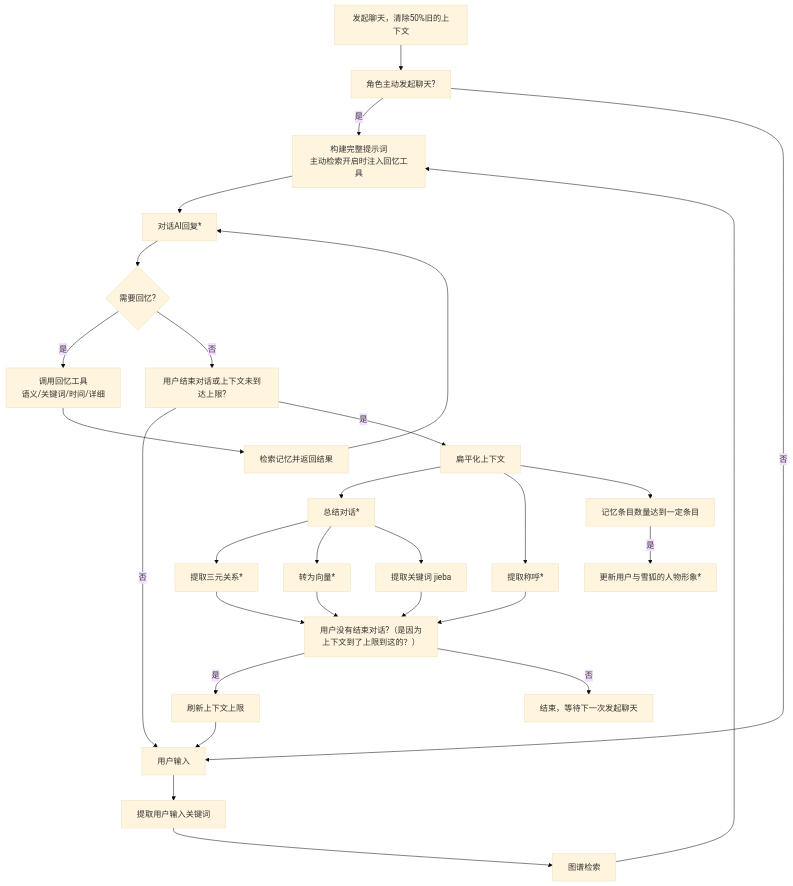
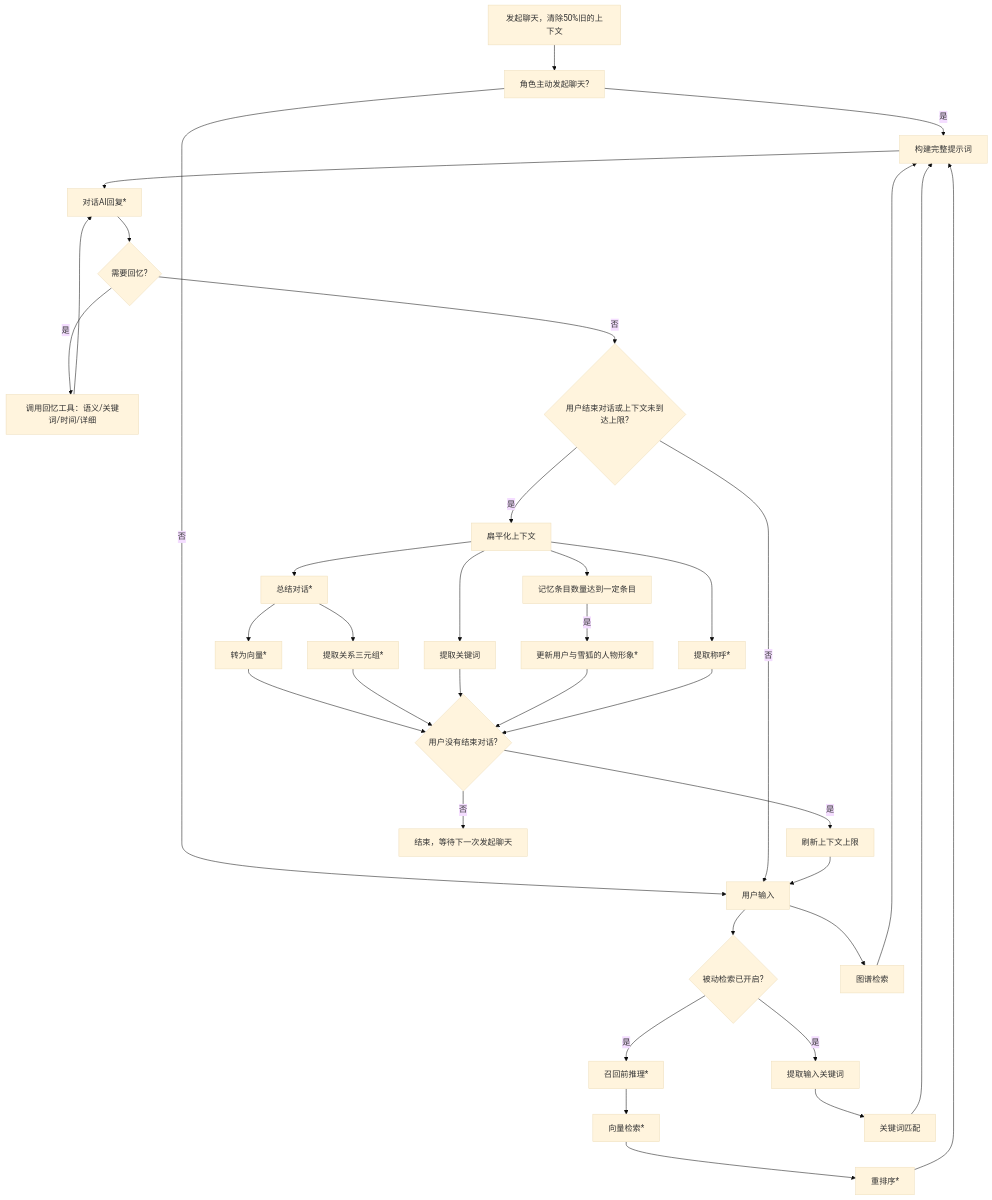
Before and after one commit to awaCollei/CABM-ED: the diagram in docs/关于记忆力的说明.md, drawn with Mermaid (base theme). The commit also changed other lines of this file and 2 other files, not shown here.

````diff
--- a/docs/关于记忆力的说明.md
+++ b/docs/关于记忆力的说明.md
@@ -20,31 +18,38 @@
 ```mermaid
 flowchart TD
     A[发起聊天，清除50%旧的上下文] --> B[角色主动发起聊天?]
-    B -- 是 --> H
+    B -- 是 --> H[构建完整提示词]
     B -- 否 --> D[用户输入]
-    D --> E[提取用户输入关键词]
-    E --> G[图谱检索]
-    G --> H[构建完整提示词<br/>主动检索开启时注入回忆工具]
+    D --> P{被动检索已开启?}
+    P -- 是 --> F0[召回前推理*]
+    F0 --> F1[向量检索*]
+    F1 --> F2[重排序*]
+    P -- 是 --> E[提取输入关键词]
+    E --> F3[关键词匹配]
+    F2 --> H
+    F3 --> H
+    D --> G[图谱检索]
+    G --> H
     H --> I[对话AI回复*]
-    I --> I1{需要回忆?}
-    I1 -- 是 --> I2[调用回忆工具<br/>语义/关键词/时间/详细]
-    I2 --> I3[检索记忆并返回结果]
-    I3 --> I
-    I1 -- 否 --> J[用户结束对话或上下文未到达上限?]
+    I --> RA{需要回忆?}
+    RA -- 是 --> TB[调用回忆工具：语义/关键词/时间/详细]
+    TB --> I
+    RA -- 否 --> J{用户结束对话或上下文未到达上限?}
     J -- 否 --> D
     J -- 是 --> K[扁平化上下文]
     K --> L[总结对话*]
     K --> M[提取称呼*]
-    L --> N[提取三元关系*]
-    L --> T[转为向量*]
-    L --> T2[提取关键词 jieba]
-    T --> P
-    T2 --> P
+    K --> EK[提取关键词]
+    L --> N[提取关系三元组*]
+    L --> V[转为向量*]
     K --> O[记忆条目数量达到一定条目]
-    O --是--> S[更新用户与雪狐的人物形象*]
-    M --> P[用户没有结束对话?（是因为上下文到了上限到这的？）]
-    N --> P
-    P -- 是 --> Q[刷新上下文上限]
+    O -- 是 --> RS[更新用户与雪狐的人物形象*]
+    V --> P2{用户没有结束对话?}
+    N --> P2
+    EK --> P2
+    RS --> P2
+    M --> P2
+    P2 -- 是 --> Q[刷新上下文上限]
     Q --> D
-    P -- 否 --> R[结束，等待下一次发起聊天]
+    P2 -- 否 --> R[结束，等待下一次发起聊天]
 ```
````
